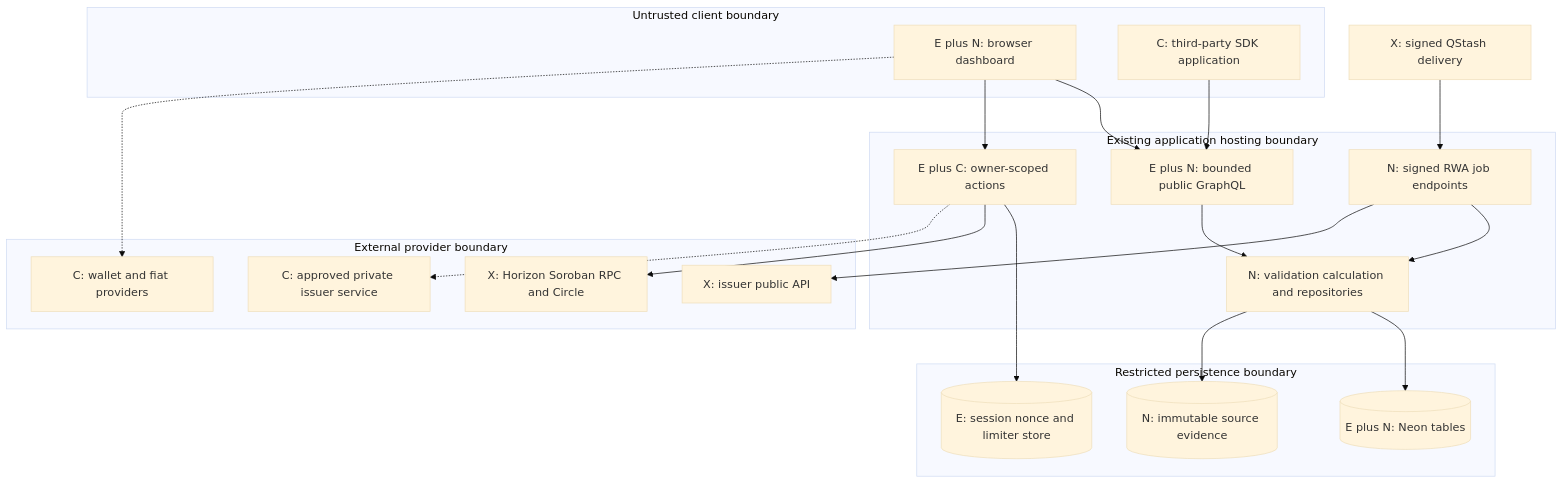
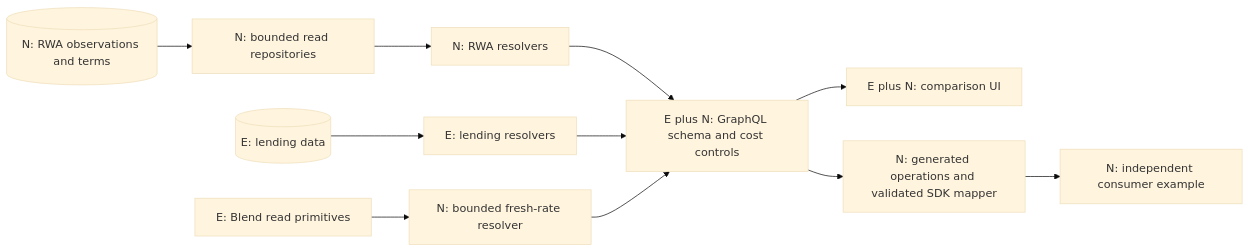
Diagram 17 of 21 in docs/rwa-integration-architecture/TECHNICAL_ARCHITECTURE.md (lendwise-fi/lendwise), drawn with Mermaid (base theme) before and after one commit. The commit also changed other lines of this file and 2 other files, not shown here.

Commit message:
docs: detail the complete RWA integration architecture

````diff
--- a/docs/rwa-integration-architecture/TECHNICAL_ARCHITECTURE.md
+++ b/docs/rwa-integration-architecture/TECHNICAL_ARCHITECTURE.md
@@ -700,37 +854,13 @@
 ```mermaid
-flowchart TB
-  subgraph Client[Untrusted client boundary]
-    UI["E plus N: browser dashboard"]
-    Consumer["C: third-party SDK application"]
-  end
-  subgraph Server[Existing application hosting boundary]
-    Public["E plus N: bounded public GraphQL"]
-    Owner["E plus C: owner-scoped actions"]
-    Jobs["N: signed RWA job endpoints"]
-    Domain["N: validation calculation and repositories"]
-  end
-  subgraph Data[Restricted persistence boundary]
-    SQL[("E plus N: Neon tables")]
-    Session[("E: session nonce and limiter store")]
-    Raw[("N: immutable source evidence")]
-  end
-  subgraph External[External provider boundary]
-    Source["X: issuer public API"]
-    Chain["X: Horizon Soroban RPC and Circle"]
-    Issuer["C: approved private issuer service"]
-    Optional["C: wallet and fiat providers"]
-  end
-  UI --> Public
-  Consumer --> Public
-  UI --> Owner
-  Scheduler["X: signed QStash delivery"] --> Jobs
-  Jobs --> Domain
-  Public --> Domain
-  Domain --> SQL
-  Domain --> Raw
-  Jobs --> Source
-  Owner --> Session
-  Owner --> Chain
-  Owner -.-> Issuer
-  UI -.-> Optional
+flowchart LR
+  RWA[("N: RWA observations and terms")] --> Repos["N: bounded read repositories"]
+  Repos --> Resolve["N: RWA resolvers"]
+  Lending[("E: lending data")] --> Existing["E: lending resolvers"]
+  Blend["E: Blend read primitives"] --> Live["N: bounded fresh-rate resolver"]
+  Resolve --> Yoga["E plus N: GraphQL schema and cost controls"]
+  Existing --> Yoga
+  Live --> Yoga
+  Yoga --> Web["E plus N: comparison UI"]
+  Yoga --> SDK["N: generated operations and validated SDK mapper"]
+  SDK --> Apps["N: independent consumer example"]
 ```
````
